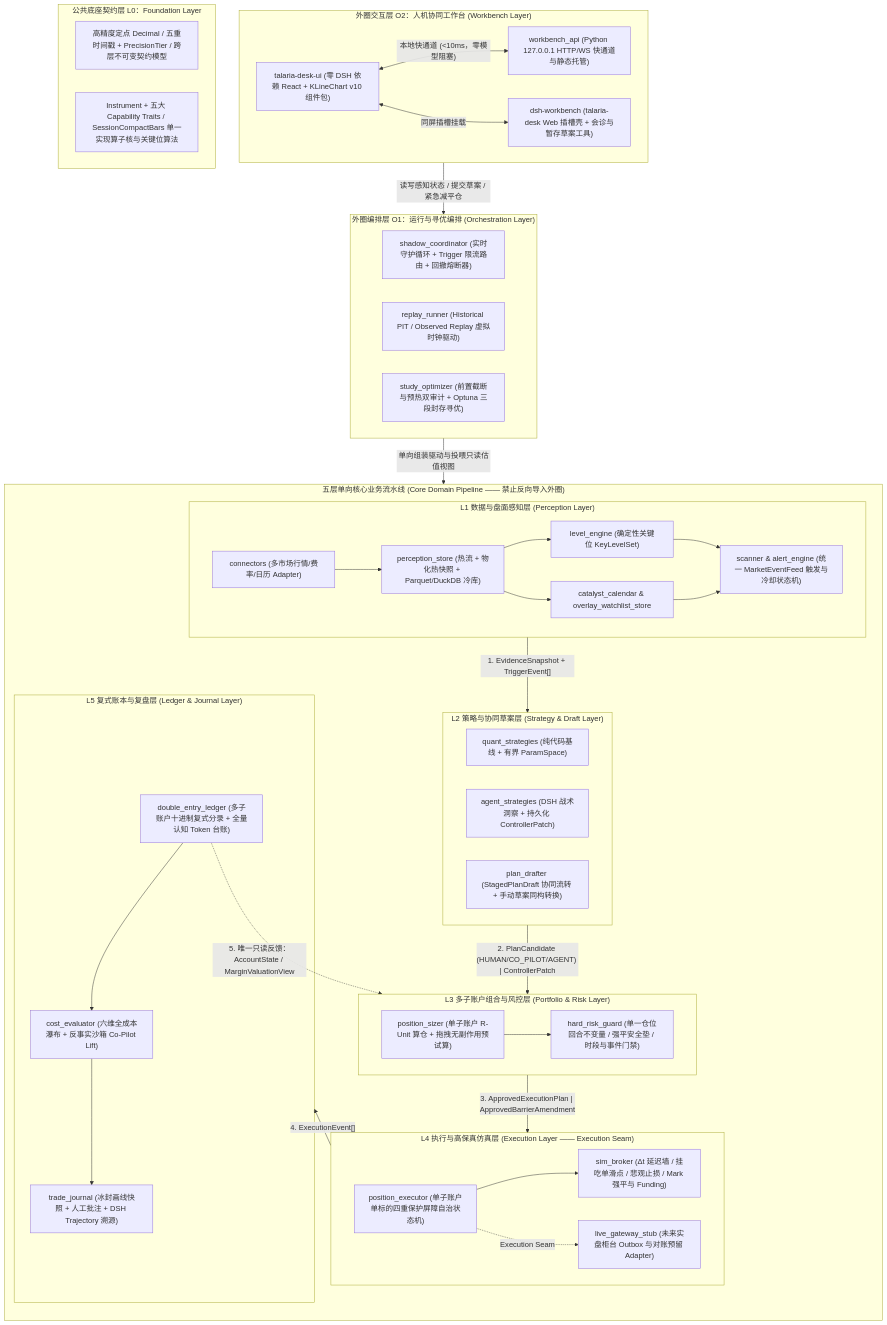
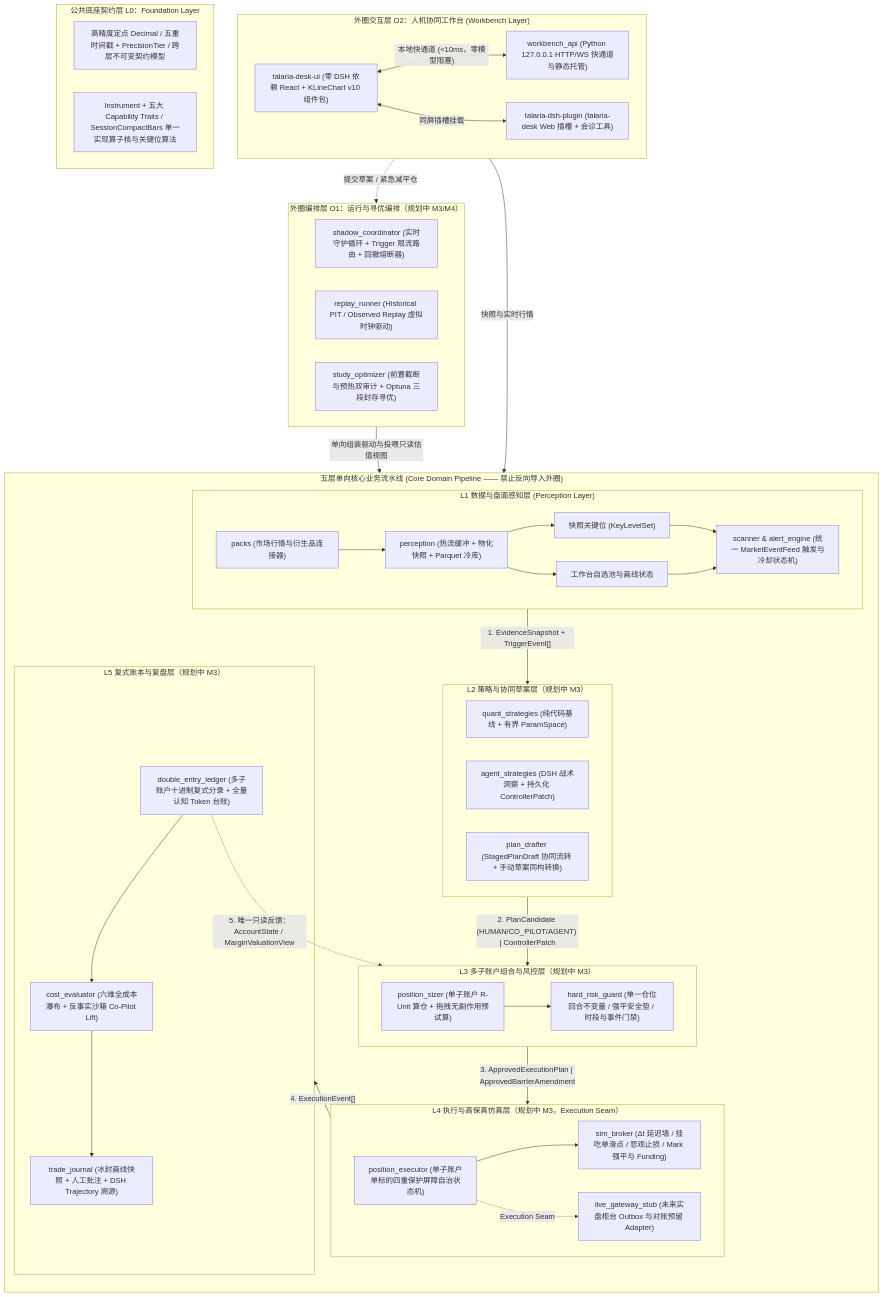
One commit to Dikui/Talaria changed the first of 2 diagrams in docs/architecture.md. Above: the diagram before and after it, drawn with Mermaid. The commit also changed other lines of this file and 1 other file, not shown here.

````diff
--- a/docs/architecture.md
+++ b/docs/architecture.md
@@ -23,66 +27,67 @@
 ```mermaid
 flowchart TB
   subgraph O2["外圈交互层 O2：人机协同工作台 (Workbench Layer)"]
     direction LR
     W1["talaria-desk-ui (零 DSH 依赖 React + KLineChart v10 组件包)"]
     W2["workbench_api (Python 127.0.0.1 HTTP/WS 快通道与静态托管)"]
-    W3["dsh-workbench (talaria-desk Web 插槽壳 + 会诊与暂存草案工具)"]
+    W3["talaria-dsh-plugin (talaria-desk Web 插槽 + 会诊工具)"]
     W1 <-->|"本地快通道 (<10ms，零模型阻塞)"| W2
     W1 <-->|"同屏插槽挂载"| W3
   end
 
-  subgraph O1["外圈编排层 O1：运行与寻优编排 (Orchestration Layer)"]
+  subgraph O1["外圈编排层 O1：运行与寻优编排（规划中 M3/M4）"]
     direction LR
     R1["shadow_coordinator (实时守护循环 + Trigger 限流路由 + 回撤熔断器)"]
     R2["replay_runner (Historical PIT / Observed Replay 虚拟时钟驱动)"]
     R3["study_optimizer (前置截断与预热双审计 + Optuna 三段封存寻优)"]
   end
 
   subgraph Core["五层单向核心业务流水线 (Core Domain Pipeline —— 禁止反向导入外圈)"]
     direction TB
     subgraph L1["L1 数据与盘面感知层 (Perception Layer)"]
-      P1["connectors (多市场行情/费率/日历 Adapter)"] --> P2["perception_store (热流 + 物化热快照 + Parquet/DuckDB 冷库)"]
-      P2 --> P3["catalyst_calendar & overlay_watchlist_store"]
-      P2 --> P5["level_engine (确定性关键位 KeyLevelSet)"]
+      P1["packs (市场行情与衍生品连接器)"] --> P2["perception (热流缓冲 + 物化快照 + Parquet 冷库)"]
+      P2 --> P3["工作台自选池与画线状态"]
+      P2 --> P5["快照关键位 (KeyLevelSet)"]
       P5 --> P4
       P3 --> P4["scanner & alert_engine (统一 MarketEventFeed 触发与冷却状态机)"]
     end
 
-    subgraph L2["L2 策略与协同草案层 (Strategy & Draft Layer)"]
+    subgraph L2["L2 策略与协同草案层（规划中 M3）"]
       direction LR
       S1["quant_strategies (纯代码基线 + 有界 ParamSpace)"]
       S2["agent_strategies (DSH 战术洞察 + 持久化 ControllerPatch)"]
       S3["plan_drafter (StagedPlanDraft 协同流转 + 手动草案同构转换)"]
     end
 
-    subgraph L3["L3 多子账户组合与风控层 (Portfolio & Risk Layer)"]
+    subgraph L3["L3 多子账户组合与风控层（规划中 M3）"]
       K1["position_sizer (单子账户 R-Unit 算仓 + 拖拽无副作用预试算)"] --> K2["hard_risk_guard (单一仓位回合不变量 / 强平安全垫 / 时段与事件门禁)"]
     end
 
-    subgraph L4["L4 执行与高保真仿真层 (Execution Layer —— Execution Seam)"]
+    subgraph L4["L4 执行与高保真仿真层（规划中 M3，Execution Seam）"]
       E1["position_executor (单子账户单标的四重保护屏障自治状态机)"]
       E2["sim_broker (Δt 延迟墙 / 挂吃单滑点 / 悲观止损 / Mark 强平与 Funding)"]
       E3["live_gateway_stub (未来实盘柜台 Outbox 与对账预留 Adapter)"]
       E1 --> E2
       E1 -. "Execution Seam" .-> E3
     end
 
-    subgraph L5["L5 复式账本与复盘层 (Ledger & Journal Layer)"]
+    subgraph L5["L5 复式账本与复盘层（规划中 M3）"]
       J1["double_entry_ledger (多子账户十进制复式分录 + 全量认知 Token 台账)"] --> J2["cost_evaluator (六维全成本瀑布 + 反事实沙箱 Co-Pilot Lift)"] --> J3["trade_journal (冰封画线快照 + 人工批注 + DSH Trajectory 溯源)"]
     end
 
     L1 -- "1. EvidenceSnapshot + TriggerEvent[]" --> L2
     L2 -- "2. PlanCandidate (HUMAN/CO_PILOT/AGENT) | ControllerPatch" --> L3
     L3 -- "3. ApprovedExecutionPlan | ApprovedBarrierAmendment" --> L4
     L4 -- "4. ExecutionEvent[]" --> L5
     J1 -. "5. 唯一只读反馈：AccountState / MarginValuationView" .-> L3
   end
 
   subgraph L0["公共底座契约层 L0：Foundation Layer"]
     F1["高精度定点 Decimal / 五重时间戳 + PrecisionTier / 跨层不可变契约模型"]
     F2["Instrument + 五大 Capability Traits / SessionCompactBars 单一实现算子核与关键位算法"]
   end
 
-  O2 -->|"读写感知状态 / 提交草案 / 紧急减平仓"| O1
+  W2 -->|"快照与实时行情"| L1
+  O2 -. "提交草案 / 紧急减平仓" .-> O1
   O1 -->|"单向组装驱动与投喂只读估值视图"| Core
 ```
````
